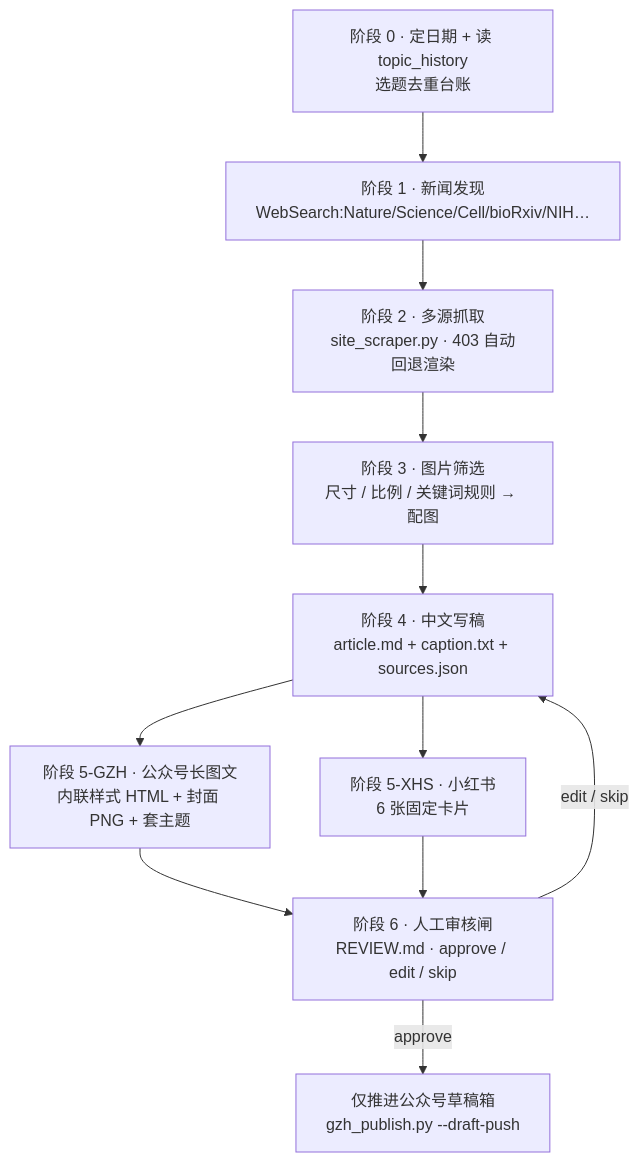
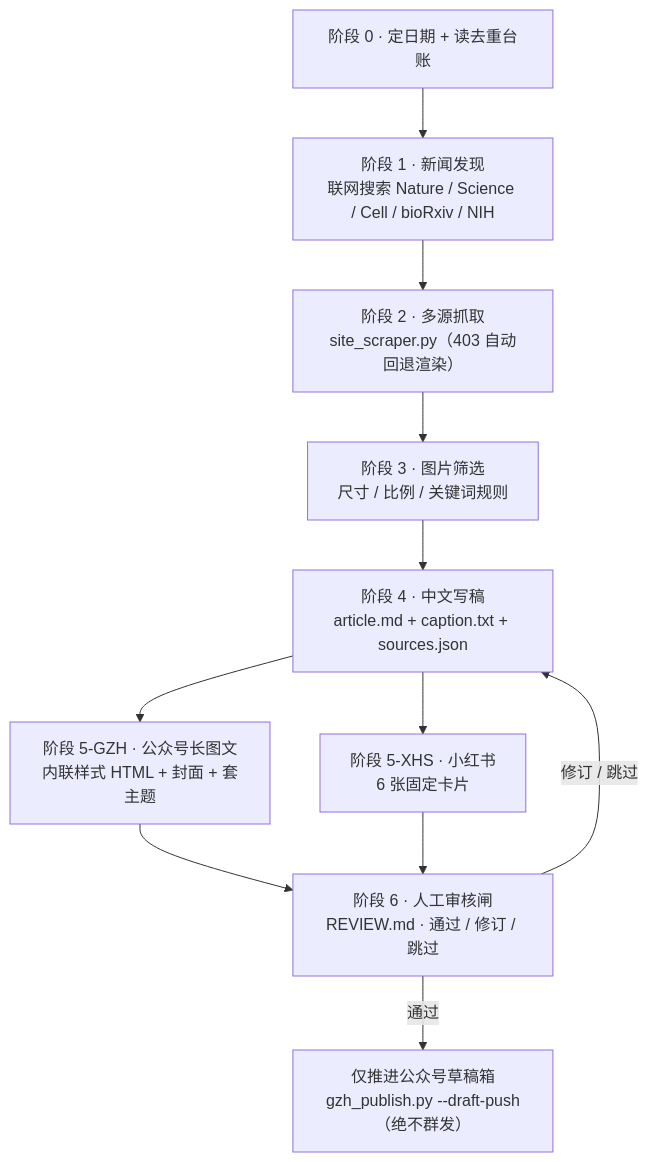
One commit to yetong0516/BioSpark_AI-For-Bios_WeChat-OA-Automation-Pipeline changed the diagram in README.zh-CN.md. Above: the diagram before and after it, drawn with Mermaid. The commit also changed 1 other file, not shown here.

Commit message:
Localize flow diagram to Chinese and quote labels so it renders on GitHub
Unquoted Mermaid node labels contained colons/slashes/parens that break
GitHub's Mermaid renderer. Wrap all labels in quotes and switch the flow
chart to Chinese.

````diff
--- a/README.zh-CN.md
+++ b/README.zh-CN.md
@@ -17,13 +17,13 @@
 ```mermaid
 flowchart TD
-    A[阶段 0 · 定日期 + 读 topic_history<br/>选题去重台账] --> B[阶段 1 · 新闻发现<br/>WebSearch:Nature/Science/Cell/bioRxiv/NIH…]
-    B --> C[阶段 2 · 多源抓取<br/>site_scraper.py · 403 自动回退渲染]
-    C --> D[阶段 3 · 图片筛选<br/>尺寸 / 比例 / 关键词规则 → 配图]
-    D --> E[阶段 4 · 中文写稿<br/>article.md + caption.txt + sources.json]
-    E --> F1[阶段 5-GZH · 公众号长图文<br/>内联样式 HTML + 封面 PNG + 套主题]
-    E --> F2[阶段 5-XHS · 小红书<br/>6 张固定卡片]
-    F1 --> G[阶段 6 · 人工审核闸<br/>REVIEW.md · approve / edit / skip]
+    A["阶段 0 · 定日期 + 读去重台账"] --> B["阶段 1 · 新闻发现<br/>联网搜索 Nature / Science / Cell / bioRxiv / NIH"]
+    B --> C["阶段 2 · 多源抓取<br/>site_scraper.py（403 自动回退渲染）"]
+    C --> D["阶段 3 · 图片筛选<br/>尺寸 / 比例 / 关键词规则"]
+    D --> E["阶段 4 · 中文写稿<br/>article.md + caption.txt + sources.json"]
+    E --> F1["阶段 5-GZH · 公众号长图文<br/>内联样式 HTML + 封面 + 套主题"]
+    E --> F2["阶段 5-XHS · 小红书<br/>6 张固定卡片"]
+    F1 --> G["阶段 6 · 人工审核闸<br/>REVIEW.md · 通过 / 修订 / 跳过"]
     F2 --> G
-    G -->|approve| H[仅推进公众号草稿箱<br/>gzh_publish.py --draft-push]
-    G -->|edit / skip| E
+    G -->|通过| H["仅推进公众号草稿箱<br/>gzh_publish.py --draft-push（绝不群发）"]
+    G -->|修订 / 跳过| E
 ```
````
